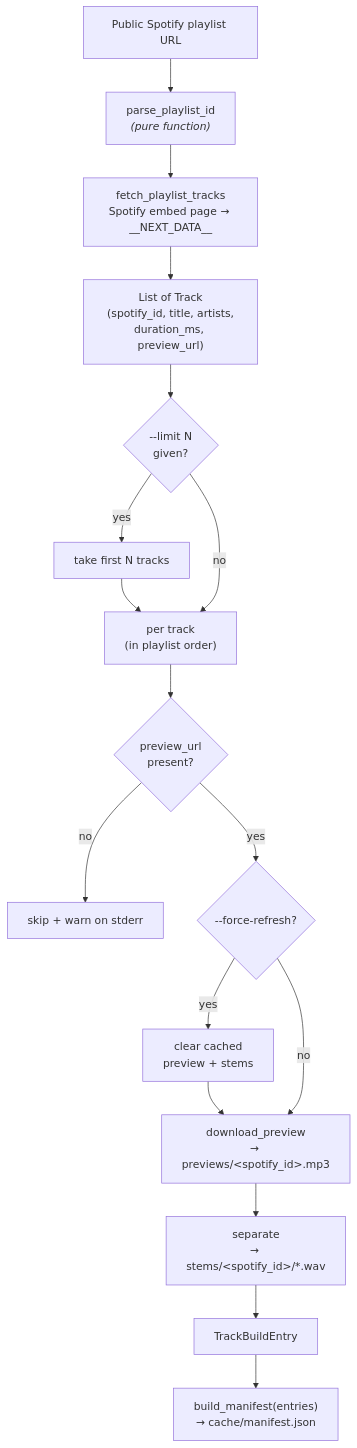
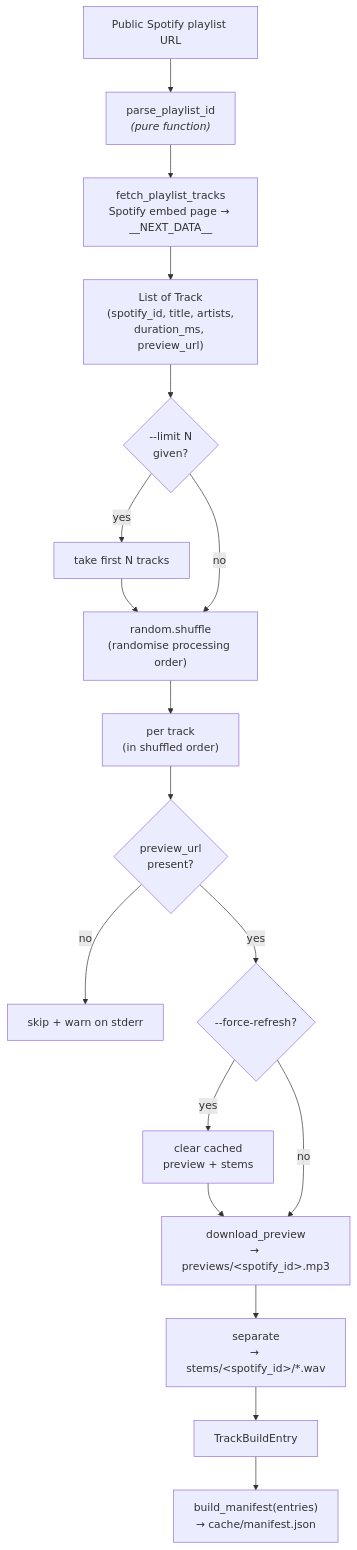
Before and after one commit to kyleyhw/stemguessr: the diagram in docs/cli.md, drawn with Mermaid. The commit also changed other lines of this file and 4 other files, not shown here.

First line of the commit message:
ingest: shuffle track processing order so the first playable track is random

````diff
--- a/docs/cli.md
+++ b/docs/cli.md
@@ -21,30 +21,32 @@
 ```mermaid
 flowchart TD
     URL[Public Spotify playlist URL]
     Parse["parse_playlist_id<br/><i>(pure function)</i>"]
     Embed["fetch_playlist_tracks<br/>Spotify embed page → __NEXT_DATA__"]
     Tracks["List of Track<br/>(spotify_id, title, artists,<br/>duration_ms, preview_url)"]
     Limit{"--limit N<br/>given?"}
     Cap[take first N tracks]
+    Shuffle["random.shuffle<br/>(randomise processing order)"]
 
-    PerTrack["per track<br/>(in playlist order)"]
+    PerTrack["per track<br/>(in shuffled order)"]
     HasPreview{preview_url<br/>present?}
     Skip[skip + warn on stderr]
     Force{"--force-refresh?"}
     Clear[clear cached<br/>preview + stems]
     Download["download_preview<br/>→ previews/&lt;spotify_id&gt;.mp3"]
     Separate["separate<br/>→ stems/&lt;spotify_id&gt;/*.wav"]
     Entry["TrackBuildEntry"]
 
     Manifest["build_manifest(entries)<br/>→ cache/manifest.json"]
 
     URL --> Parse --> Embed --> Tracks --> Limit
-    Limit -- yes --> Cap --> PerTrack
-    Limit -- no --> PerTrack
+    Limit -- yes --> Cap --> Shuffle
+    Limit -- no --> Shuffle
+    Shuffle --> PerTrack
     PerTrack --> HasPreview
     HasPreview -- no --> Skip
     HasPreview -- yes --> Force
     Force -- yes --> Clear --> Download
     Force -- no --> Download
     Download --> Separate --> Entry --> Manifest
 ```
````
